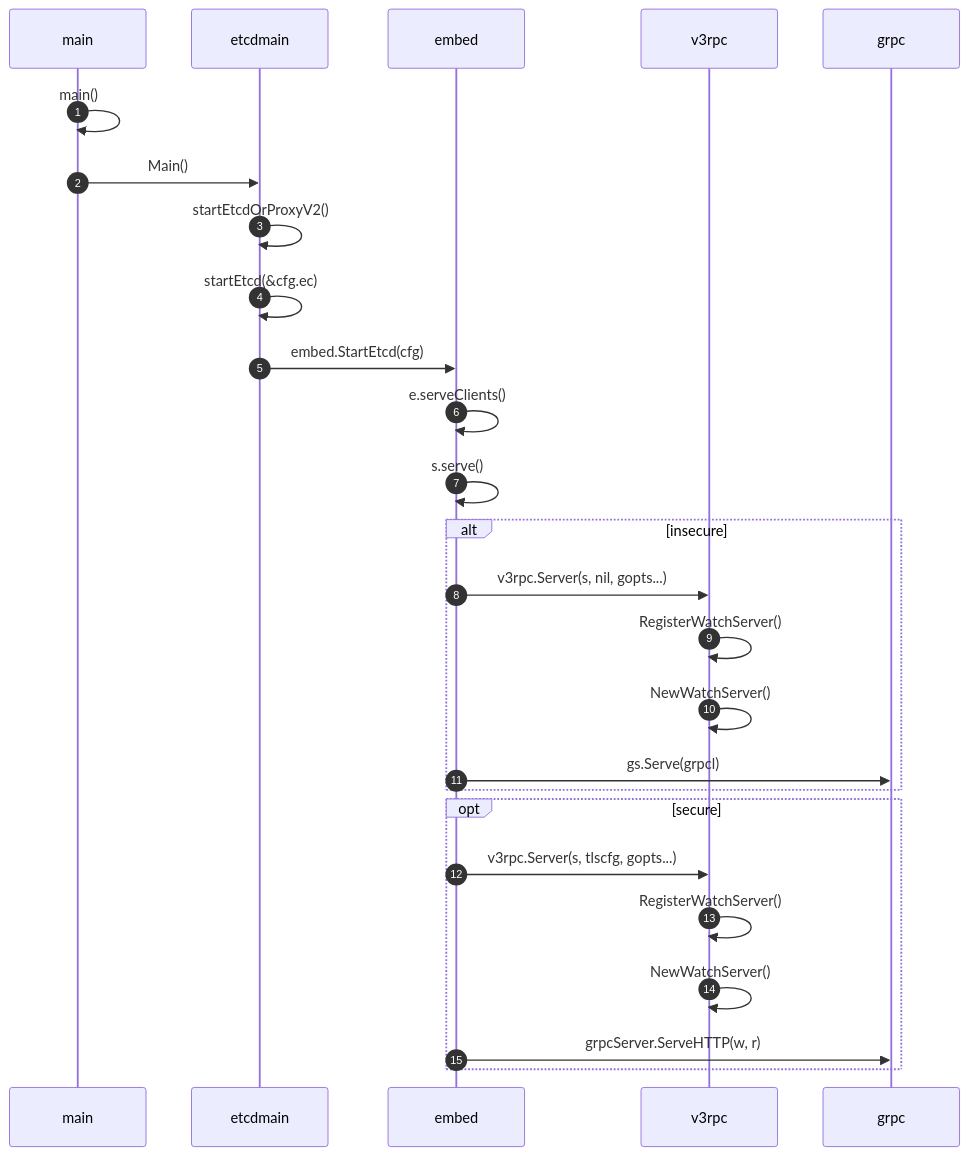
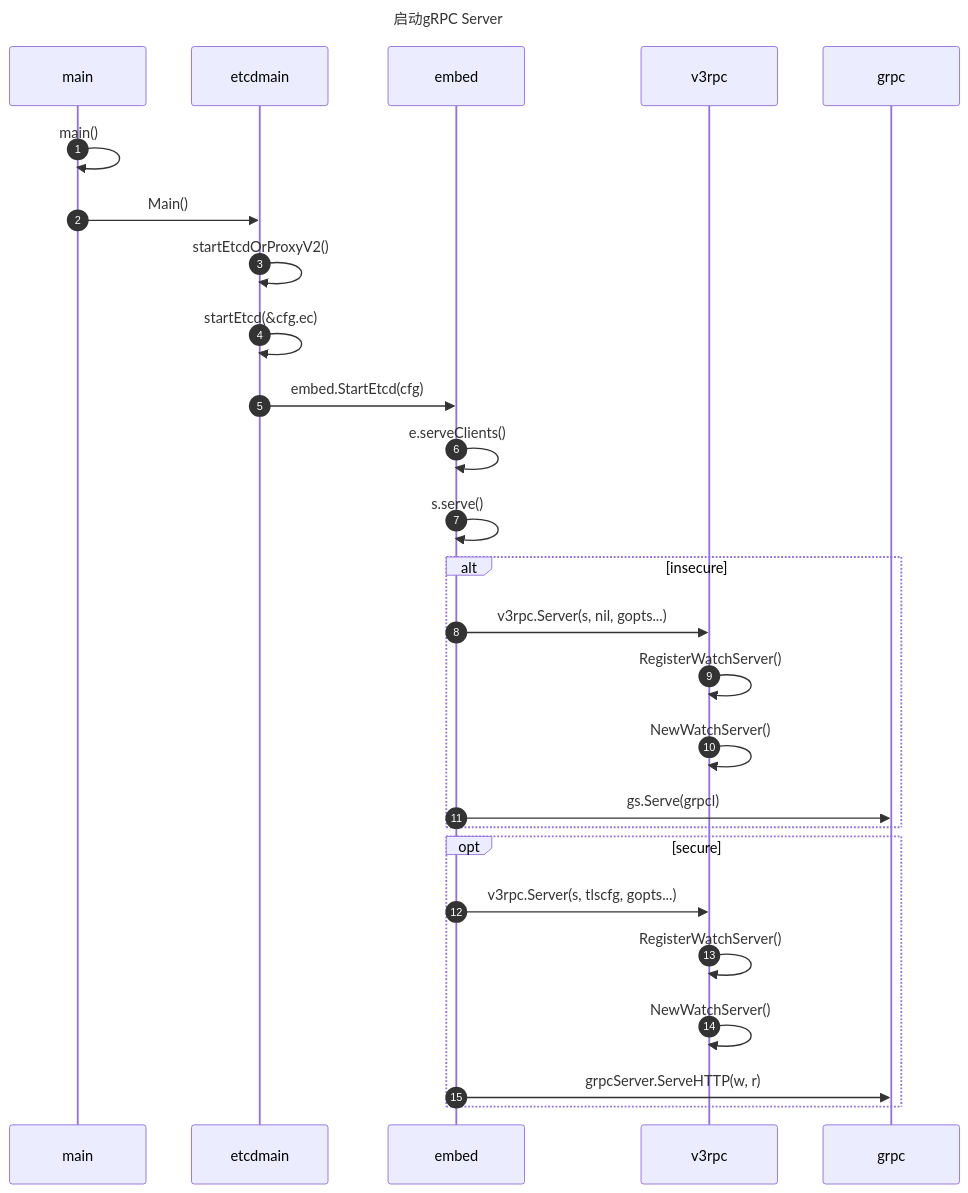
One commit to kangxiaoning/kangxiaoning.github.io changed the first of 10 diagrams in Writerside/topics/etcd/etcd-watch.md. Above: the diagram before and after it, drawn with Mermaid. The commit also changed other lines of this file, not shown here.

````diff
--- a/Writerside/topics/etcd/etcd-watch.md
+++ b/Writerside/topics/etcd/etcd-watch.md
@@ -59,23 +59,26 @@
 ```mermaid
+---
+title: 启动gRPC Server
+---
 sequenceDiagram
     autonumber
     main->>main: main()
     main->>etcdmain: Main()
     etcdmain->>etcdmain: startEtcdOrProxyV2()
     etcdmain->>etcdmain: startEtcd(&cfg.ec)
     etcdmain->>embed: embed.StartEtcd(cfg)
     embed->>embed: e.serveClients()
     embed->>embed: s.serve()
     alt insecure
         embed->>v3rpc: v3rpc.Server(s, nil, gopts...)
         v3rpc->>v3rpc: RegisterWatchServer()
         v3rpc->>v3rpc: NewWatchServer()
         embed->>grpc: gs.Serve(grpcl)
     end
     opt secure
        embed->>v3rpc: v3rpc.Server(s, tlscfg, gopts...)
        v3rpc->>v3rpc: RegisterWatchServer()
        v3rpc->>v3rpc: NewWatchServer()
        embed->>grpc: grpcServer.ServeHTTP(w, r)
     end
 ```
````
